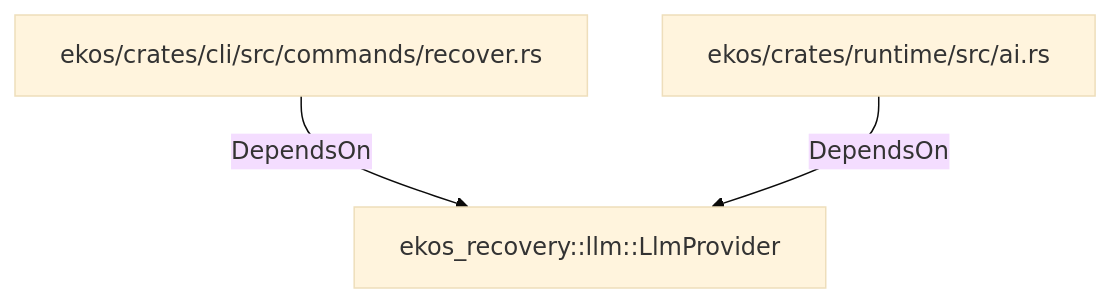
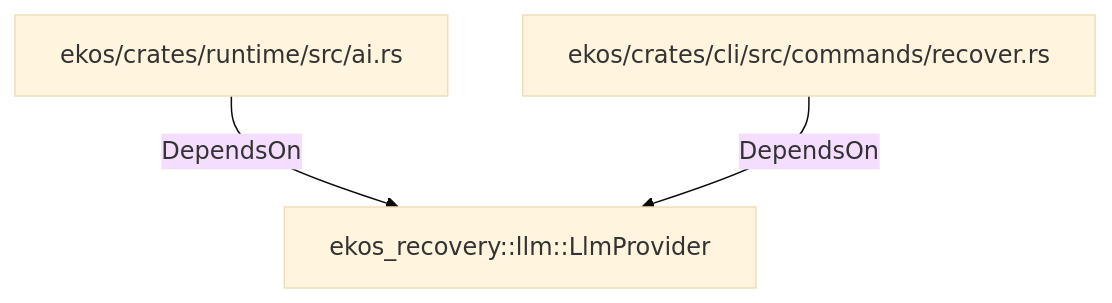
One commit to alexeyban/EKOS changed the diagram in doc/entities/rustmodule/ek/ekos-recovery-llm-llmprovider.md. Above: the diagram before and after it, drawn with Mermaid (base theme). The commit also changed other lines of this file and 552 other files, not shown here.

````diff
--- a/doc/entities/rustmodule/ek/ekos-recovery-llm-llmprovider.md
+++ b/doc/entities/rustmodule/ek/ekos-recovery-llm-llmprovider.md
@@ -16,8 +16,8 @@
 ```mermaid
 graph TD
     ndeedde2c6e1b58b4a5940ccffed4591e["ekos_recovery::llm::LlmProvider"]
+    ne85e734def585185835a34896d2da3f1["ekos/crates/runtime/src/ai.rs"]
+    ne85e734def585185835a34896d2da3f1 -->|DependsOn| ndeedde2c6e1b58b4a5940ccffed4591e
     n7e02bcf9a7b450998255130d9ef401bb["ekos/crates/cli/src/commands/recover.rs"]
     n7e02bcf9a7b450998255130d9ef401bb -->|DependsOn| ndeedde2c6e1b58b4a5940ccffed4591e
-    ne85e734def585185835a34896d2da3f1["ekos/crates/runtime/src/ai.rs"]
-    ne85e734def585185835a34896d2da3f1 -->|DependsOn| ndeedde2c6e1b58b4a5940ccffed4591e
 ```
````
